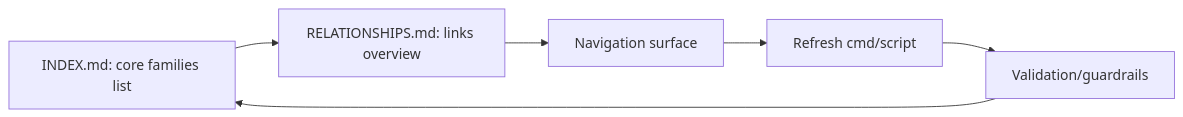
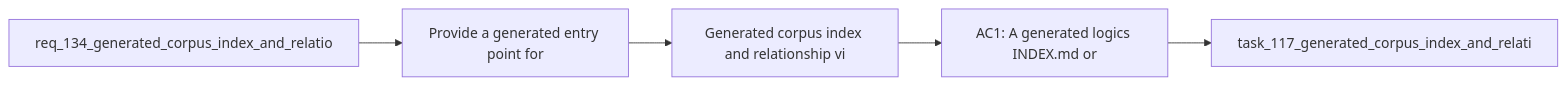
Before and after one commit to AlexAgo83/logics-manager: the diagram in logics/backlog/item_257_generated_corpus_index_and_relationship_views.md, drawn with Mermaid. The commit also changed other lines of this file and 481 other files, not shown here.

````diff
--- a/logics/backlog/item_257_generated_corpus_index_and_relationship_views.md
+++ b/logics/backlog/item_257_generated_corpus_index_and_relationship_views.md
@@ -24,15 +24,9 @@
 ```mermaid
 %% logics-kind: backlog
 %% logics-signature: backlog|generated-corpus-index-and-relationship-|req-134-generated-corpus-index-and-relat|provide-a-generated-entry-point-for|ac1-a-generated-logics-index-md-or
 flowchart LR
-  INDEX[INDEX.md: core families list]
-  REL[RELATIONSHIPS.md: links overview]
-  REFRESH[Refresh cmd/script]
-  NAV[Navigation surface]
-  VALIDATE[Validation/guardrails]
-  INDEX --> REL
-  REL --> NAV
-  NAV --> REFRESH
-  REFRESH --> VALIDATE
-  VALIDATE --> INDEX
+    Request[req_134_generated_corpus_index_and_relatio] --> Problem[Provide a generated entry point for]
+    Problem --> Scope[Generated corpus index and relationship vi]
+    Scope --> Acceptance[AC1: A generated logics INDEX.md or]
+    Acceptance --> Tasks[task_117_generated_corpus_index_and_relati]
 ```
````
